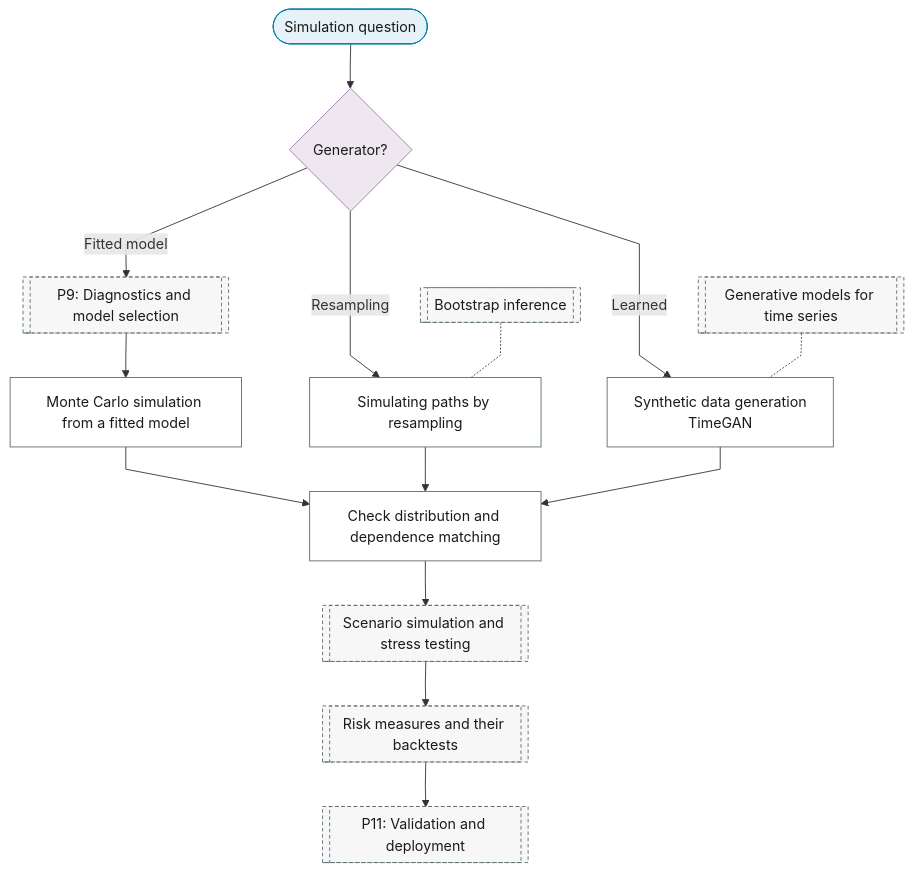
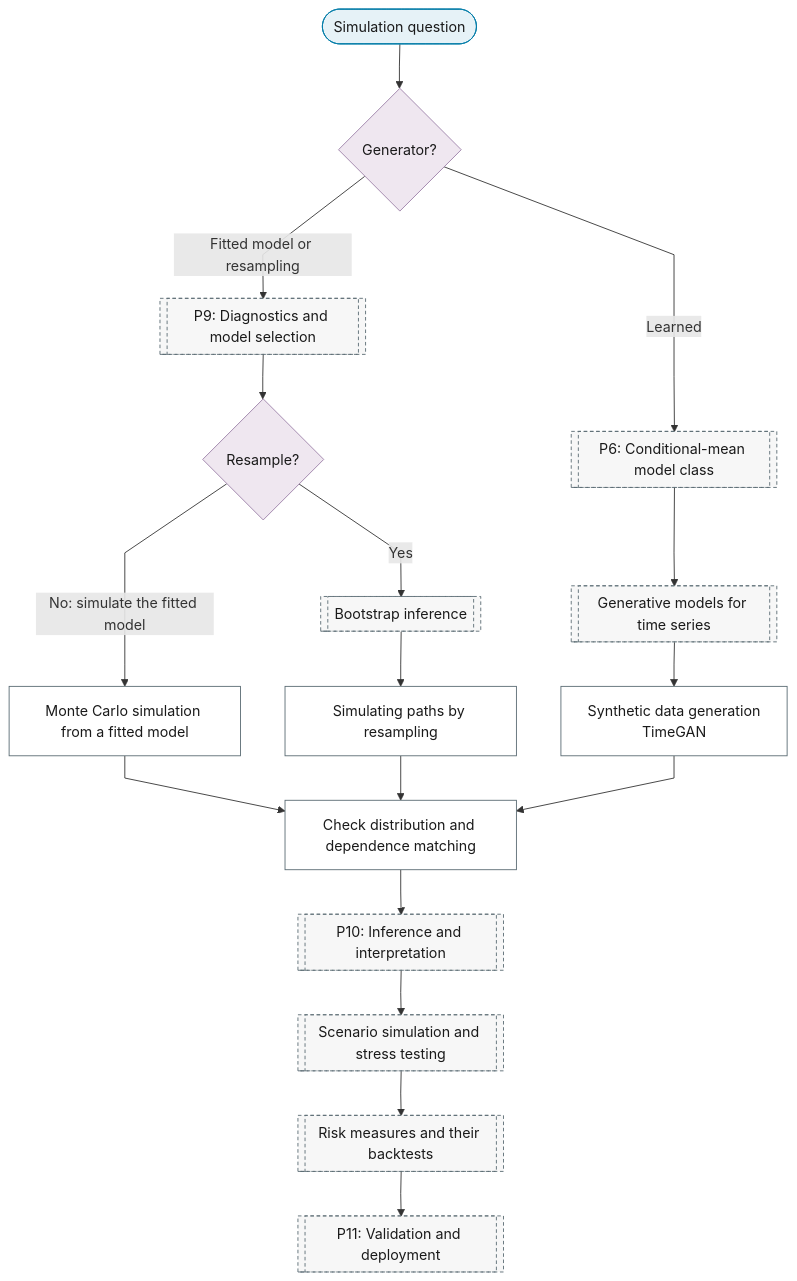
The diagram in docs/01-workflow/p02-purpose/10-simulation.md (Shuxin-Y/time-series-analysis-manual), drawn with Mermaid before and after one commit. The commit also changed 12 other files, not shown here.

First line of the commit message:
fix(flowchart): purpose charts index the spine in phase order (rev1 M3)

````diff
--- a/docs/01-workflow/p02-purpose/10-simulation.md
+++ b/docs/01-workflow/p02-purpose/10-simulation.md
@@ -7,27 +7,30 @@
 ```mermaid
 %%{init: {"flowchart": {"curve": "linear"}}}%%
 graph TD
     P2_SM_IN(["Simulation question"]) --> P2_SM_SOURCE{"Generator?"}
-    P2_SM_SOURCE -->|"Fitted model"| P9[["P9: Diagnostics and model selection"]]
-    P2_SM_SOURCE -->|"Resampling"| P2_SM_BOOTSTRAP_PATHS["Simulating paths by resampling"]
-    P2_SM_SOURCE -->|"Learned"| P2_SM_SYNTHETIC["Synthetic data generation<br/>TimeGAN"]
-    P9 --> P2_SM_MONTE_CARLO["Monte Carlo simulation from a fitted model"]
+    P2_SM_SOURCE -->|"Learned"| P6[["P6: Conditional-mean model class"]]
+    P2_SM_SOURCE -->|"Fitted model or resampling"| P9[["P9: Diagnostics and model selection"]]
+    P6 --> P6_GENERATIVE[["Generative models for time series"]]
+    P6_GENERATIVE --> P2_SM_SYNTHETIC["Synthetic data generation<br/>TimeGAN"]
+    P9 --> P2_SM_RESAMPLE{"Resample?"}
+    P2_SM_RESAMPLE -->|"No: simulate the fitted model"| P2_SM_MONTE_CARLO["Monte Carlo simulation from a fitted model"]
+    P2_SM_RESAMPLE -->|"Yes"| P9_BOOTSTRAP[["Bootstrap inference"]]
+    P9_BOOTSTRAP --> P2_SM_BOOTSTRAP_PATHS["Simulating paths by resampling"]
     P2_SM_MONTE_CARLO & P2_SM_BOOTSTRAP_PATHS & P2_SM_SYNTHETIC --> P2_SM_DISTRIBUTION_MATCH["Check distribution and dependence matching"]
-    P9_BOOTSTRAP[["Bootstrap inference"]] -.- P2_SM_BOOTSTRAP_PATHS
-    P6_GENERATIVE[["Generative models for time series"]] -.- P2_SM_SYNTHETIC
-    P2_SM_DISTRIBUTION_MATCH --> P10_SCENARIOS[["Scenario simulation and stress testing"]]
+    P2_SM_DISTRIBUTION_MATCH --> P10[["P10: Inference and interpretation"]]
+    P10 --> P10_SCENARIOS[["Scenario simulation and stress testing"]]
     P10_SCENARIOS --> P10_RISK_MEASURES[["Risk measures and their backtests"]]
     P10_RISK_MEASURES --> P11[["P11: Validation and deployment"]]
     class P2_SM_IN terminator
-    class P2_SM_SOURCE decision
-    class P2_SM_BOOTSTRAP_PATHS,P2_SM_SYNTHETIC,P2_SM_MONTE_CARLO,P2_SM_DISTRIBUTION_MATCH process
-    class P9,P9_BOOTSTRAP,P6_GENERATIVE,P10_SCENARIOS,P10_RISK_MEASURES,P11 ref
+    class P2_SM_SOURCE,P2_SM_RESAMPLE decision
+    class P2_SM_SYNTHETIC,P2_SM_MONTE_CARLO,P2_SM_BOOTSTRAP_PATHS,P2_SM_DISTRIBUTION_MATCH process
+    class P6,P9,P6_GENERATIVE,P9_BOOTSTRAP,P10,P10_SCENARIOS,P10_RISK_MEASURES,P11 ref
     classDef terminator fill:#E6F2F7,stroke:#007BA7,color:#1A1A1A;
     classDef process fill:#FFFFFF,stroke:#5A6B73,color:#1A1A1A;
     classDef decision fill:#EFE7F0,stroke:#9B7FA7,color:#1A1A1A;
     classDef data fill:#FFF4E0,stroke:#C9A55E,color:#1A1A1A;
     classDef good fill:#DCEFD8,stroke:#4A7A3F,color:#1A1A1A;
     classDef escalate fill:#FFE9C2,stroke:#C9A55E,color:#1A1A1A;
     classDef problem fill:#F2D9DE,stroke:#800020,color:#1A1A1A;
     classDef ref fill:#F7F7F7,stroke:#5A6B73,color:#1A1A1A,stroke-dasharray:4 3;
 ```
````
